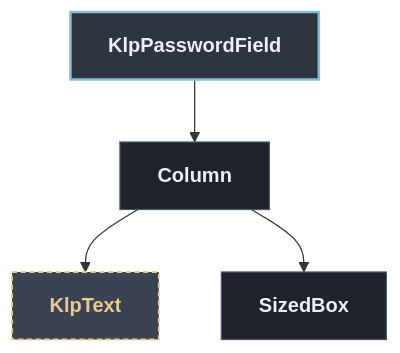
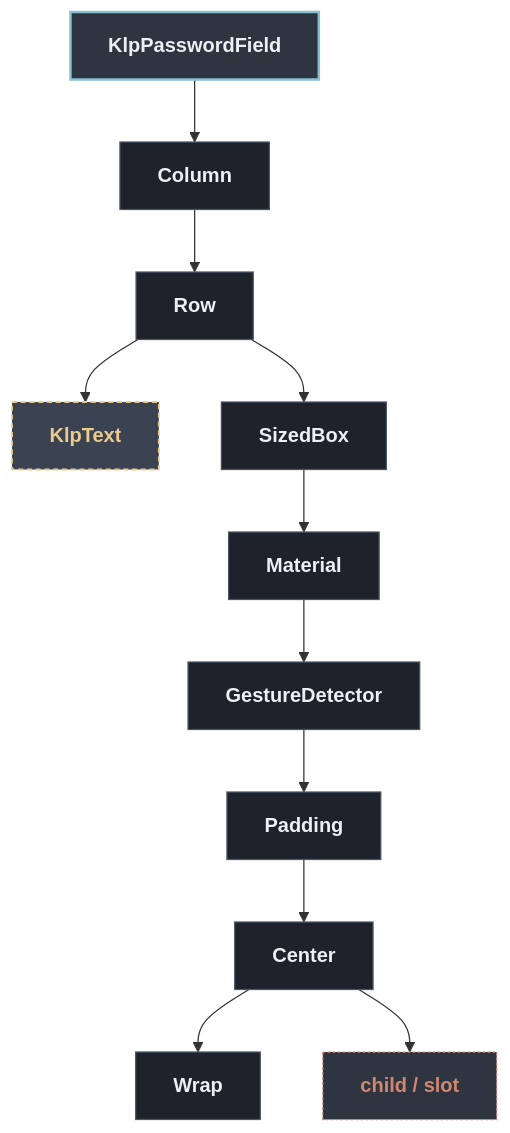
One commit to MiuDog/Kallopis changed the diagram in docs/architecture/components/form/klp_password_field.md. Above: the diagram before and after it, drawn with Mermaid. The commit also changed other lines of this file and 123 other files, not shown here.

First line of the commit message:
docs(architecture): regenerate per-component trees, unbreak the generator

````diff
--- a/docs/architecture/components/form/klp_password_field.md
+++ b/docs/architecture/components/form/klp_password_field.md
@@ -13,16 +13,30 @@
 ```mermaid
 flowchart TD
   classDef default fill:#1E222B,stroke:#4C566A,stroke-width:1px,color:#ECEFF4;
   classDef root fill:#2E3440,stroke:#88C0D0,stroke-width:2px,color:#ECEFF4,font-weight:bold;
   classDef reference fill:#3B4252,stroke:#EBCB8B,stroke-width:1.5px,stroke-dasharray: 4 3,color:#EBCB8B;
   classDef container fill:#2E3440,stroke:#A3BE8C,stroke-width:1.5px,color:#A3BE8C;
   classDef slot fill:#2E3440,stroke:#D08770,stroke-width:1px,stroke-dasharray: 2 2,color:#D08770;
 
   root["KlpPasswordField"]:::root
   n1["Column"]
   root --> n1
-  n2["KlpText"]:::reference
+  n2["Row"]
   n1 --> n2
-  n3["SizedBox"]
-  n1 --> n3
+  n3["KlpText"]:::reference
+  n2 --> n3
+  n4["SizedBox"]
+  n2 --> n4
+  n5["Material"]
+  n4 --> n5
+  n6["GestureDetector"]
+  n5 --> n6
+  n7["Padding"]
+  n6 --> n7
+  n8["Center"]
+  n7 --> n8
+  n9["Wrap"]
+  n8 --> n9
+  n10["child / slot"]:::slot
+  n8 --> n10
 ```
````
